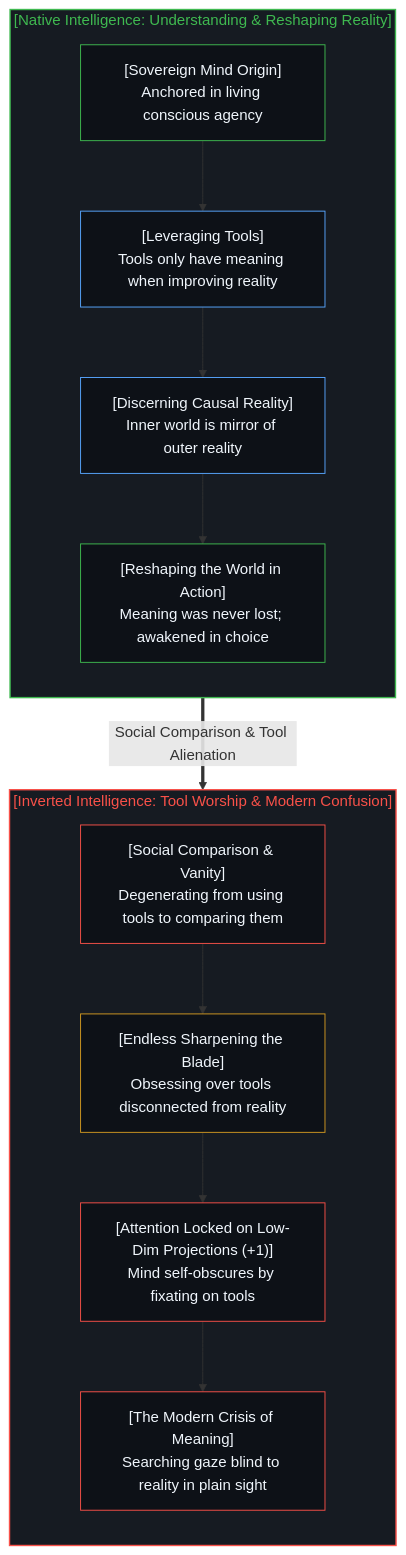
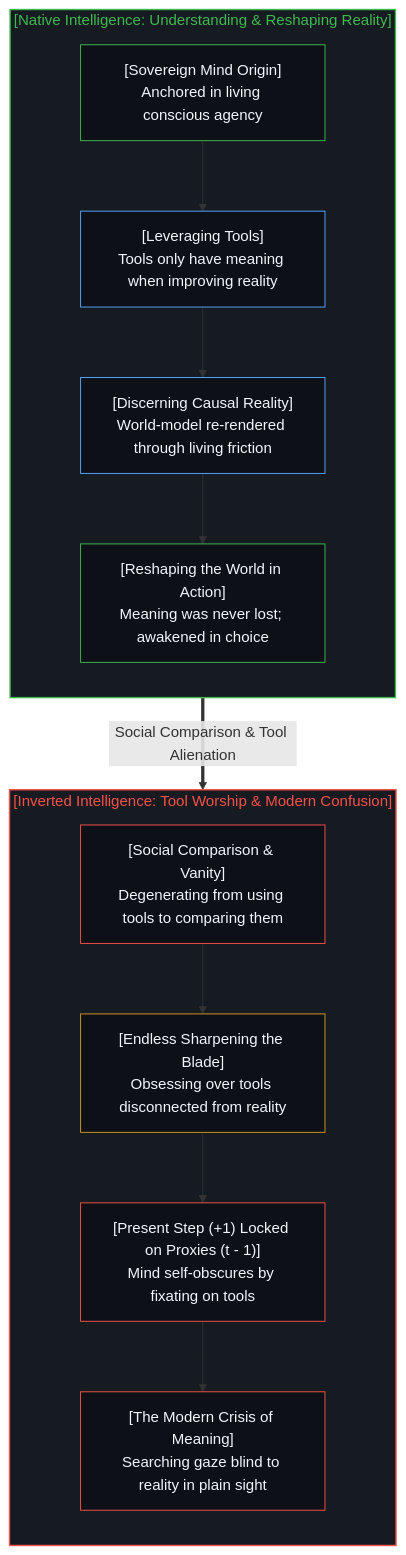
Before and after one commit to powerpig99/not-a-toe: diagram 12 of 16 in content/posts/the-dissolution-of-the-great-reversal.md, drawn with Mermaid. The commit also changed other lines of this file and 2 other files, not shown here.

Commit message:
Consolidate Deep Sleep Batch 13: refine a-creation-cannot-replace-its-source, data-is-local-intelligence-is-allocated, and the-dissolution-of-the-great-reversal

````diff
--- a/content/posts/the-dissolution-of-the-great-reversal.md
+++ b/content/posts/the-dissolution-of-the-great-reversal.md
@@ -434,34 +434,34 @@
 ```mermaid
 flowchart TD
     subgraph S_NativeIntel["[Native Intelligence: Understanding & Reshaping Reality]"]
         direction TB
         SovereignMind["[Sovereign Mind Origin]<br/>Anchored in living conscious agency"]
         LeverageTools["[Leveraging Tools]<br/>Tools only have meaning when improving reality"]
-        DeepClarity["[Discerning Causal Reality]<br/>Inner world is mirror of outer reality"]
+        DeepClarity["[Discerning Causal Reality]<br/>World-model re-rendered through living friction"]
         ReshapeReality["[Reshaping the World in Action]<br/>Meaning was never lost; awakened in choice"]
         SovereignMind --> LeverageTools
         LeverageTools --> DeepClarity
         DeepClarity --> ReshapeReality
     end
     S_NativeIntel ==>|"Social Comparison & Tool Alienation"| S_ToolTrap
     subgraph S_ToolTrap["[Inverted Intelligence: Tool Worship & Modern Confusion]"]
         direction TB
         StatusComparison["[Social Comparison & Vanity]<br/>Degenerating from using tools to comparing them"]
         InfinitePolishing["[Endless Sharpening the Blade]<br/>Obsessing over tools disconnected from reality"]
-        LowDimProjection["[Attention Locked on Low-Dim Projections (+1)]<br/>Mind self-obscures by fixating on tools"]
+        LowDimProjection["[Present Step (+1) Locked on Proxies (t - 1)]<br/>Mind self-obscures by fixating on tools"]
         ExistentialLost["[The Modern Crisis of Meaning]<br/>Searching gaze blind to reality in plain sight"]
         StatusComparison --> InfinitePolishing
         InfinitePolishing --> LowDimProjection
         LowDimProjection --> ExistentialLost
     end
     style S_NativeIntel fill:#161b22,stroke:#3fb950,stroke-width:1.5px,color:#3fb950
     style S_ToolTrap fill:#161b22,stroke:#f85149,stroke-width:1.5px,color:#f85149
     style SovereignMind fill:#0d1117,stroke:#3fb950,stroke-width:1px,color:#f0f6fc
     style LeverageTools fill:#0d1117,stroke:#58a6ff,stroke-width:1px,color:#f0f6fc
     style DeepClarity fill:#0d1117,stroke:#58a6ff,stroke-width:1px,color:#f0f6fc
     style ReshapeReality fill:#0d1117,stroke:#3fb950,stroke-width:1px,color:#f0f6fc
     style StatusComparison fill:#0d1117,stroke:#f85149,stroke-width:1px,color:#f0f6fc
     style InfinitePolishing fill:#0d1117,stroke:#d29922,stroke-width:1px,color:#f0f6fc
     style LowDimProjection fill:#0d1117,stroke:#f85149,stroke-width:1px,color:#f0f6fc
     style ExistentialLost fill:#0d1117,stroke:#f85149,stroke-width:1px,color:#f0f6fc
 ```
````
